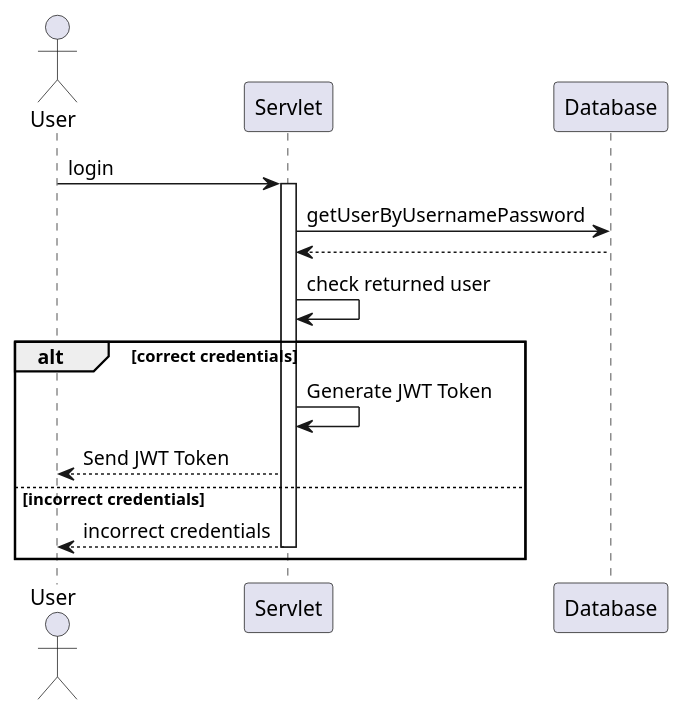
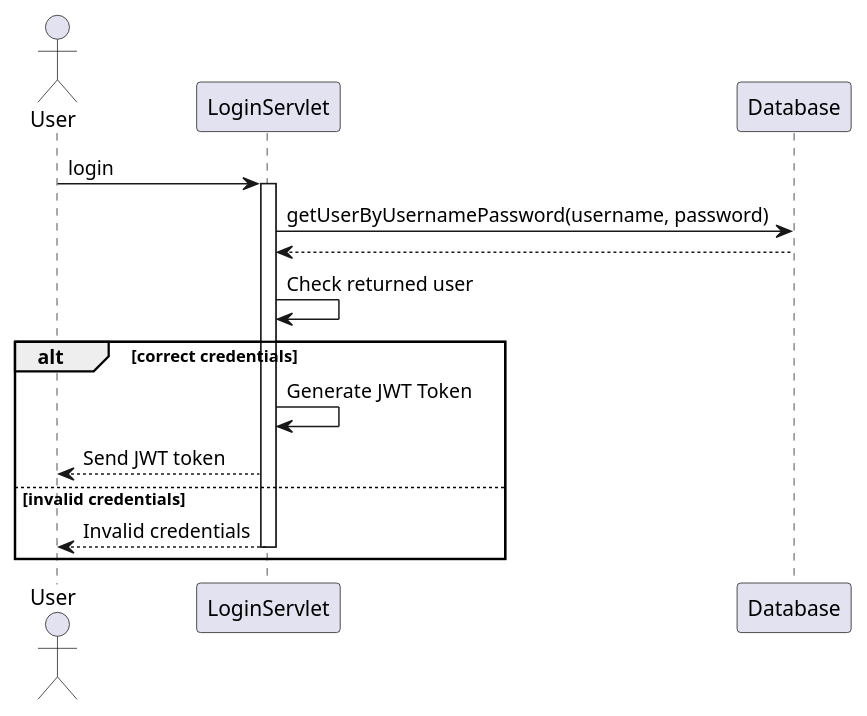
The diagram in docs/part3/JWTLoginDiagram.puml (SWEN900072022/TeamZeroMarketPlaceBackEnd), drawn with PlantUML before and after one commit. The commit also changed 2 other files, not shown here.

Commit message:
final tidy up of diagrams

```diff
--- a/docs/part3/JWTLoginDiagram.puml
+++ b/docs/part3/JWTLoginDiagram.puml
@@ -1,20 +1,20 @@
 @startuml
 'https://plantuml.com/sequence-diagram
 
 actor User
-participant Servlet
+participant LoginServlet
 participant Database
-User -> Servlet : login
-activate Servlet
+User -> LoginServlet : login
+activate LoginServlet
 
-Servlet -> Database : getUserByUsernamePassword
-Database --> Servlet
-Servlet -> Servlet: check returned user
+LoginServlet -> Database : getUserByUsernamePassword(username, password)
+Database --> LoginServlet
+LoginServlet -> LoginServlet: Check returned user
 alt correct credentials
-    Servlet -> Servlet : Generate JWT Token
-    Servlet --> User : Send JWT Token
-else incorrect credentials
-    Servlet --> User : incorrect credentials
-deactivate Servlet
+    LoginServlet -> LoginServlet : Generate JWT Token
+    LoginServlet --> User : Send JWT token
+else invalid credentials
+    LoginServlet --> User : Invalid credentials
+deactivate LoginServlet
 end
 @enduml
```
